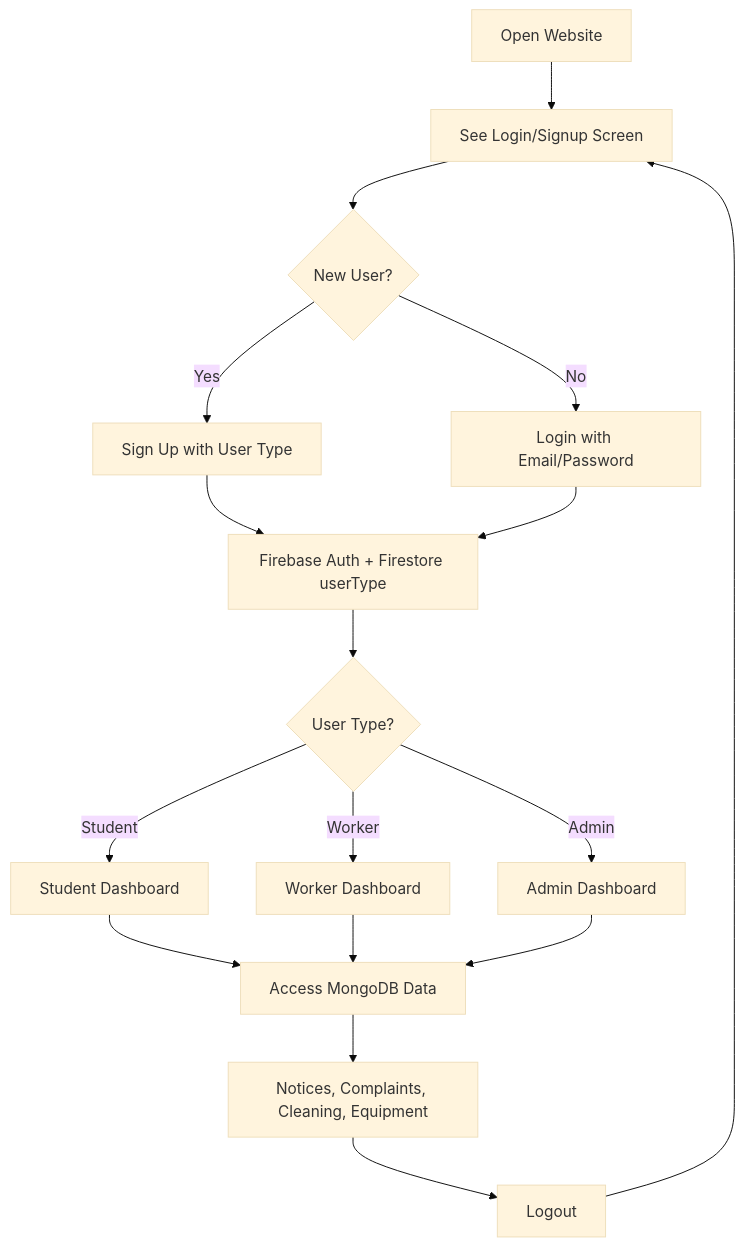
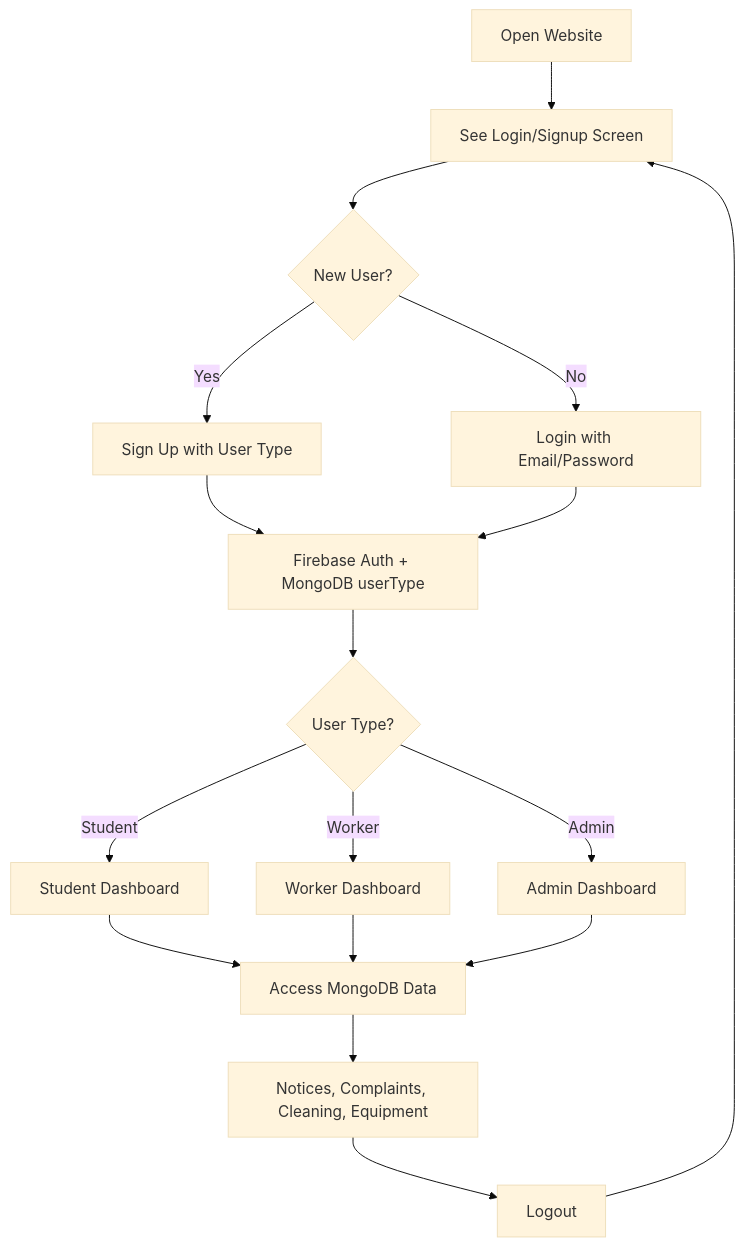
One commit to harshalsp07/Hostel_Management_portal changed the diagram in README.md. Above: the diagram before and after it, drawn with Mermaid (base theme). The commit also changed other lines of this file and 6 other files, not shown here.

````diff
--- a/README.md
+++ b/README.md
@@ -131,19 +64,19 @@
 ```mermaid
 flowchart TD
     A[Open Website] --> B[See Login/Signup Screen]
     B --> C{New User?}
     C -- Yes --> D[Sign Up with User Type]
     C -- No --> E[Login with Email/Password]
-    D --> F[Firebase Auth + Firestore userType]
+    D --> F[Firebase Auth + MongoDB userType]
     E --> F
     F --> G{User Type?}
     G -- Student --> H[Student Dashboard]
     G -- Worker --> I[Worker Dashboard]
     G -- Admin --> J[Admin Dashboard]
     H --> K[Access MongoDB Data]
     I --> K
     J --> K
     K --> L[Notices, Complaints, Cleaning, Equipment]
     L --> M[Logout]
     M --> B
 ```
````
